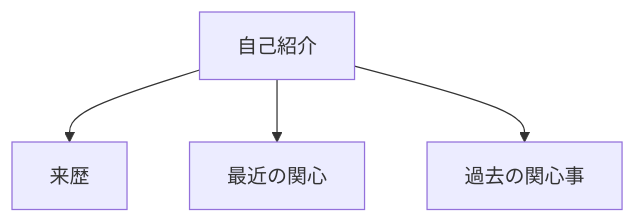
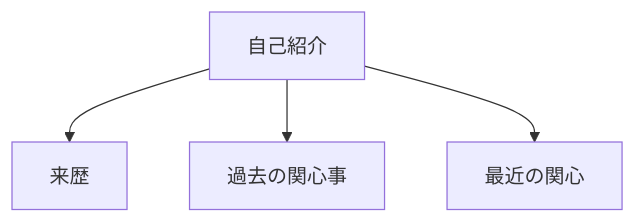
Before and after one commit to SparklingDetergent/doc_genai_Proposal_for_introducing_generative_AI_with_emphasis_on_safety: the first of 11 diagrams in README.md, drawn with Mermaid. The commit also changed other lines of this file, not shown here.

````diff
--- a/README.md
+++ b/README.md
@@ -39,6 +40,6 @@
 ```mermaid
 graph TD;
     A[自己紹介] --> B[来歴];
+    A --> D[過去の関心事];
     A --> C[最近の関心];
-    A --> D[過去の関心事];
 ```
````
